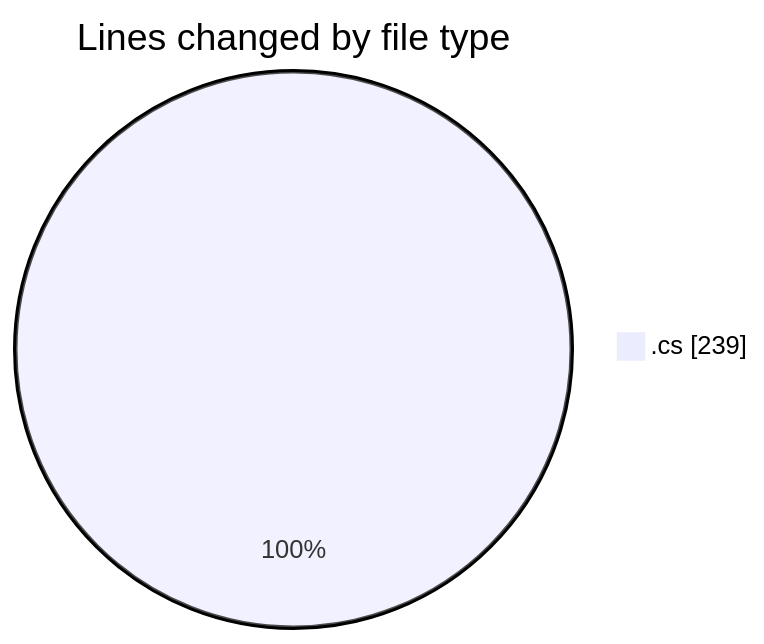
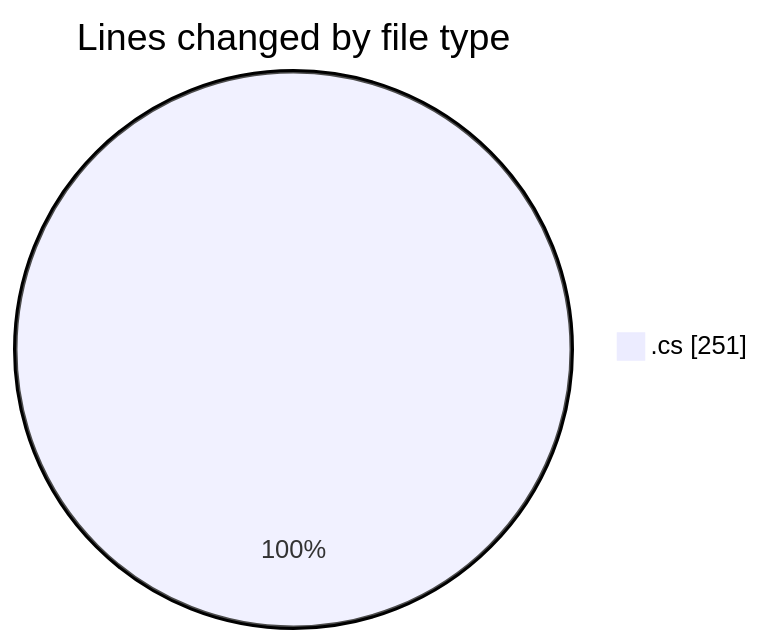
Before and after one commit to Netris89/code-tracking: the first of 2 diagrams in 2025-04-06/back-end/README.md, drawn with Mermaid. The commit also changed other lines of this file and 1 other file, not shown here.

````diff
--- a/2025-04-06/back-end/README.md
+++ b/2025-04-06/back-end/README.md
@@ -23,5 +23,5 @@
 ```mermaid
 pie showData
 title Lines changed by file type
-".cs" : 239
+".cs" : 251
 ```
````
